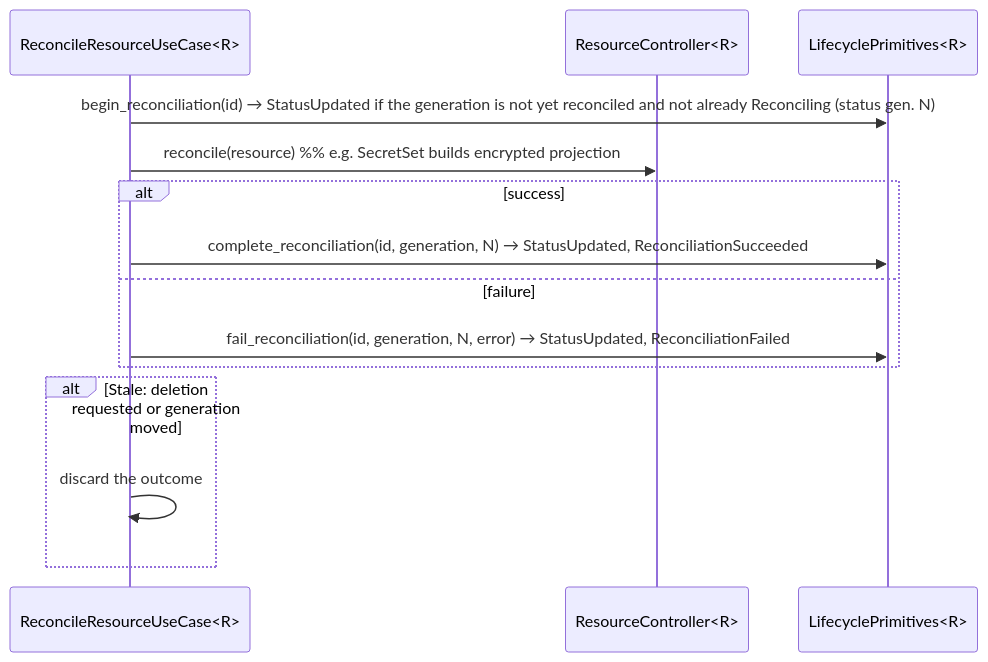
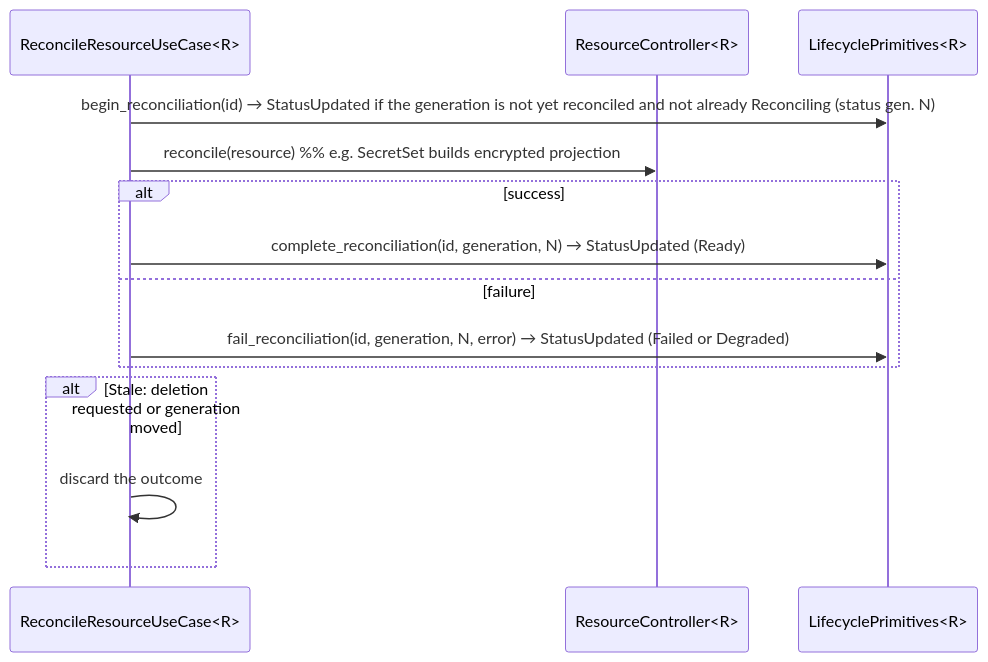
Before and after one commit to kamu-data/kamu-cli: the third of 6 diagrams in docs/internal/resources-framework.md, drawn with Mermaid. The commit also changed other lines of this file and 17 other files, not shown here.

Commit message:
Reconciliation outcomes as StatusUpdated messages

````diff
--- a/docs/internal/resources-framework.md
+++ b/docs/internal/resources-framework.md
@@ -1395,17 +1399,17 @@
 ```mermaid
 sequenceDiagram
     participant UC as ReconcileResourceUseCase<R>
     participant Ctl as ResourceController<R>
     participant P as LifecyclePrimitives<R>
 
     UC->>P: begin_reconciliation(id) → StatusUpdated if the generation is not yet reconciled and not already Reconciling (status gen. N)
     UC->>Ctl: reconcile(resource)  %% e.g. SecretSet builds encrypted projection
     alt success
-        UC->>P: complete_reconciliation(id, generation, N) → StatusUpdated, ReconciliationSucceeded
+        UC->>P: complete_reconciliation(id, generation, N) → StatusUpdated (Ready)
     else failure
-        UC->>P: fail_reconciliation(id, generation, N, error) → StatusUpdated, ReconciliationFailed
+        UC->>P: fail_reconciliation(id, generation, N, error) → StatusUpdated (Failed or Degraded)
     end
     alt Stale: deletion requested or generation moved
         UC->>UC: discard the outcome
     end
 ```
````
